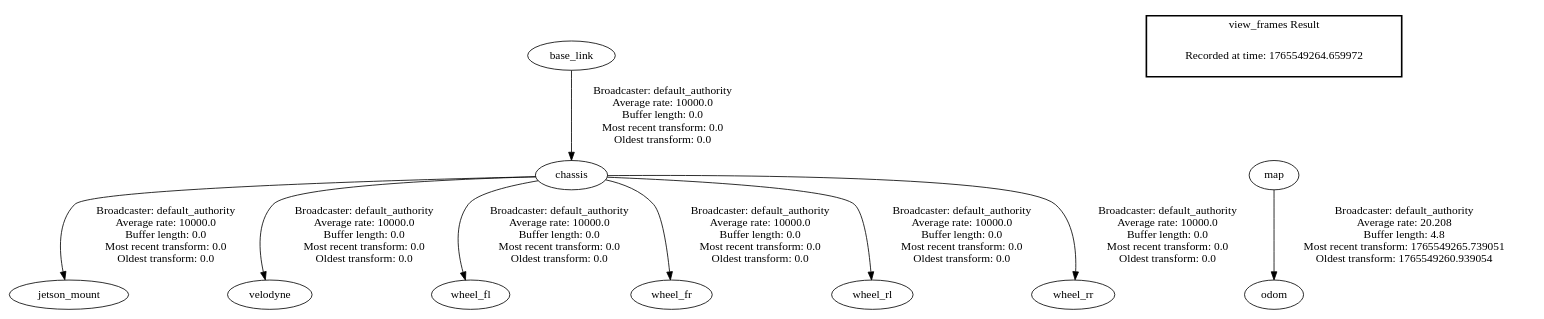
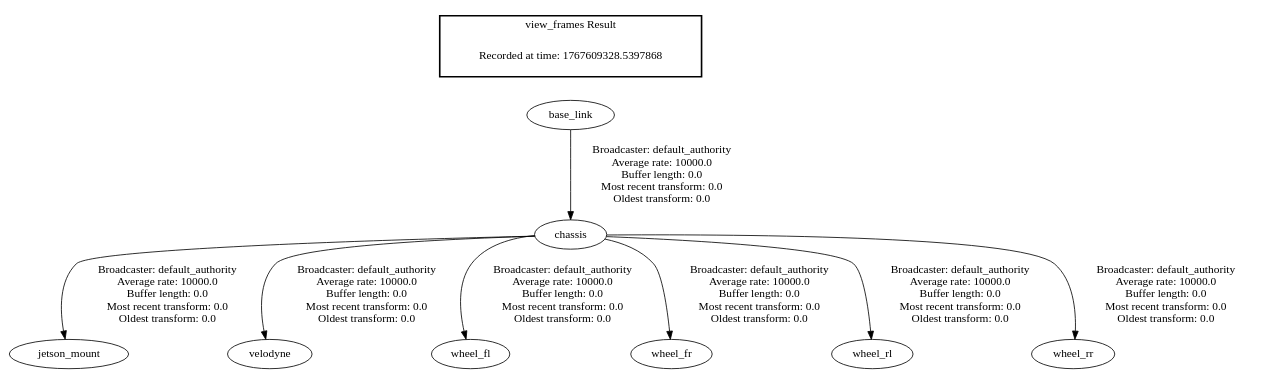
One commit to lukasderia/ros2_leo_ws changed the diagram in frames.gv. Above: the diagram before and after it, drawn with Graphviz. The commit also changed 1 other file, not shown here.

```diff
--- a/frames.gv
+++ b/frames.gv
@@ -1,14 +1,13 @@
 digraph G {
 "base_link" -> "chassis"[label=" Broadcaster: default_authority\nAverage rate: 10000.0\nBuffer length: 0.0\nMost recent transform: 0.0\nOldest transform: 0.0\n"];
 "chassis" -> "jetson_mount"[label=" Broadcaster: default_authority\nAverage rate: 10000.0\nBuffer length: 0.0\nMost recent transform: 0.0\nOldest transform: 0.0\n"];
 "chassis" -> "velodyne"[label=" Broadcaster: default_authority\nAverage rate: 10000.0\nBuffer length: 0.0\nMost recent transform: 0.0\nOldest transform: 0.0\n"];
 "chassis" -> "wheel_fl"[label=" Broadcaster: default_authority\nAverage rate: 10000.0\nBuffer length: 0.0\nMost recent transform: 0.0\nOldest transform: 0.0\n"];
 "chassis" -> "wheel_fr"[label=" Broadcaster: default_authority\nAverage rate: 10000.0\nBuffer length: 0.0\nMost recent transform: 0.0\nOldest transform: 0.0\n"];
 "chassis" -> "wheel_rl"[label=" Broadcaster: default_authority\nAverage rate: 10000.0\nBuffer length: 0.0\nMost recent transform: 0.0\nOldest transform: 0.0\n"];
 "chassis" -> "wheel_rr"[label=" Broadcaster: default_authority\nAverage rate: 10000.0\nBuffer length: 0.0\nMost recent transform: 0.0\nOldest transform: 0.0\n"];
-"map" -> "odom"[label=" Broadcaster: default_authority\nAverage rate: 20.208\nBuffer length: 4.8\nMost recent transform: 1765549265.739051\nOldest transform: 1765549260.939054\n"];
 edge [style=invis];
  subgraph cluster_legend { style=bold; color=black; label ="view_frames Result";
-"Recorded at time: 1765549264.659972"[ shape=plaintext ] ;
-}->"map";
+"Recorded at time: 1767609328.5397868"[ shape=plaintext ] ;
+}->"base_link";
 }
```
